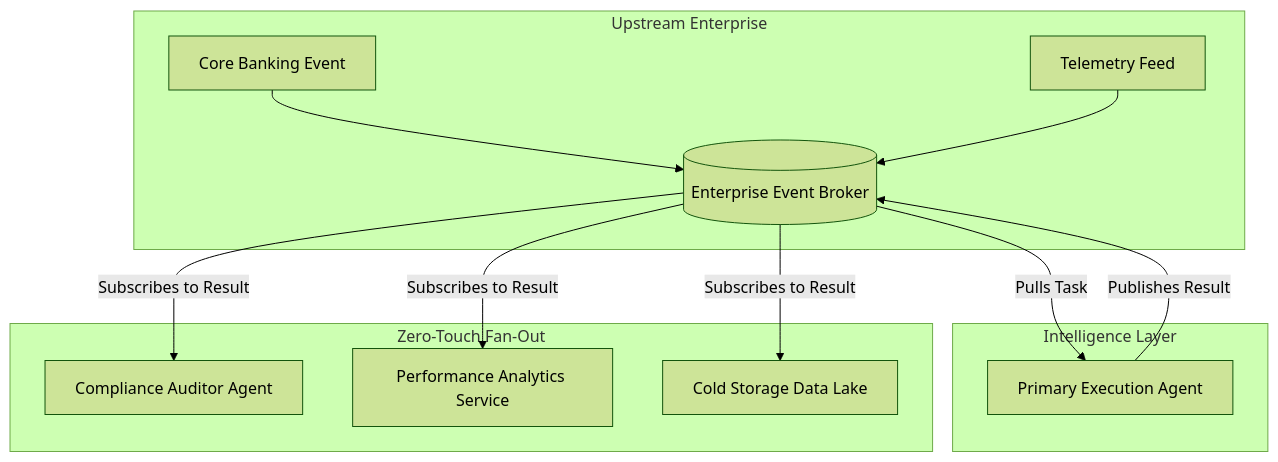
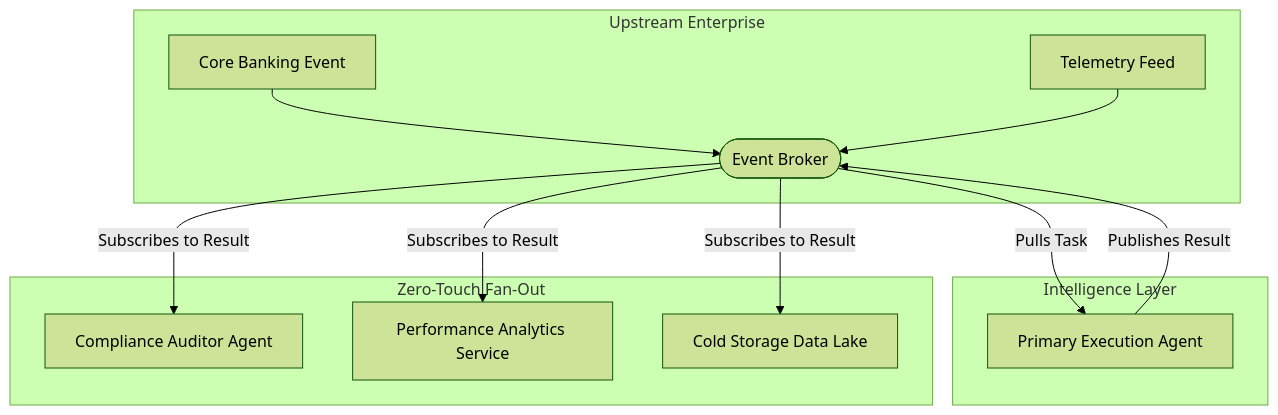
Before and after one commit to scalvetr/scalvetr.github.io: the diagram in _posts/2026-06-09-scaling-autonomous-agents.md, drawn with Mermaid (forest theme). The commit also changed other lines of this file, not shown here.

````diff
--- a/_posts/2026-06-09-scaling-autonomous-agents.md
+++ b/_posts/2026-06-09-scaling-autonomous-agents.md
@@ -83,18 +80,18 @@
 ```mermaid
 graph TD
     subgraph Upstream Enterprise
-        S1[Core Banking Event] --> B[(Enterprise Event Broker)]
+        S1[Core Banking Event] --> B([Event Broker])
         S2[Telemetry Feed] --> B
     end
 
     subgraph Intelligence Layer
         B -->|Pulls Task| A1[Primary Execution Agent]
         A1 -->|Publishes Result| B
     end
 
     subgraph Zero-Touch Fan-Out
         B -->|Subscribes to Result| C1[Compliance Auditor Agent]
         B -->|Subscribes to Result| C2[Performance Analytics Service]
         B -->|Subscribes to Result| C3[Cold Storage Data Lake]
     end
  ```
````
